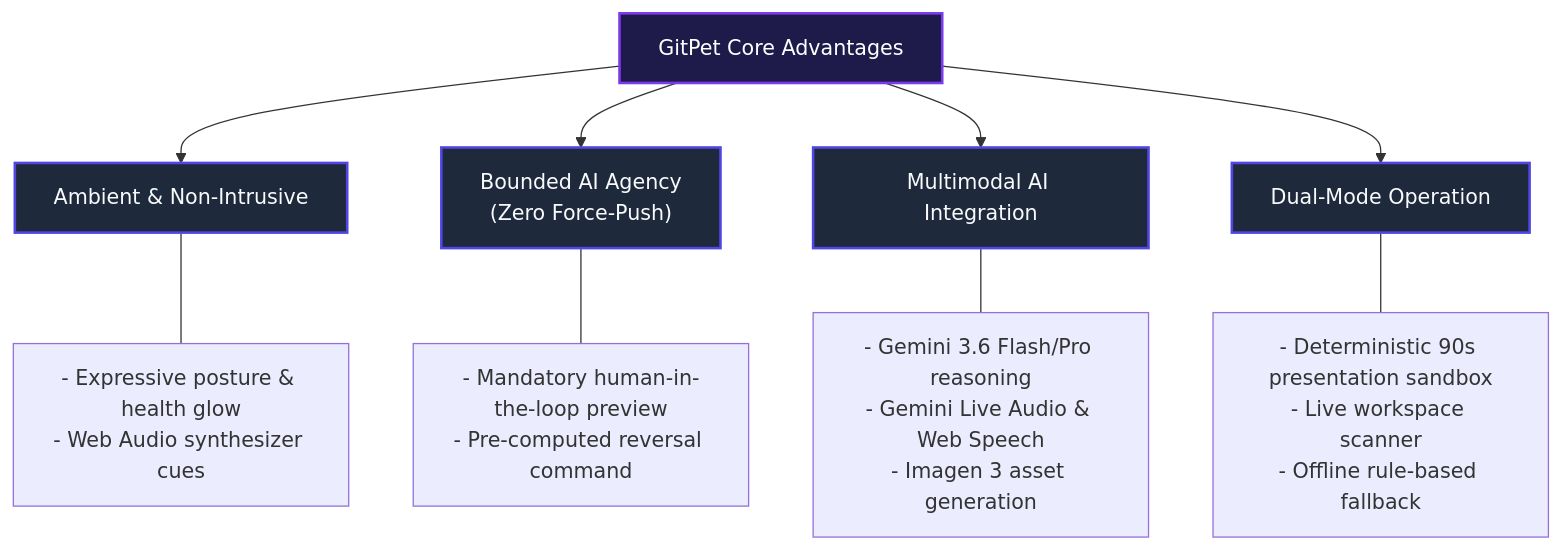
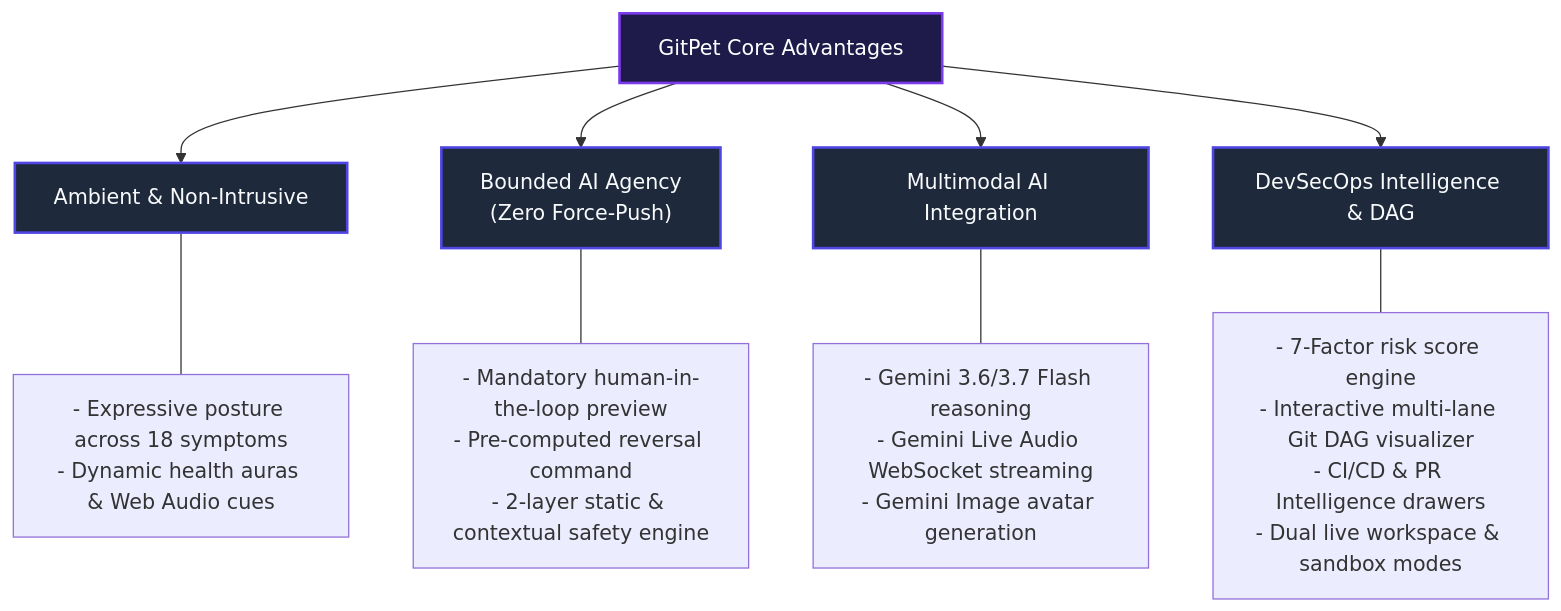
The diagram in docs/PROJECT_OVERVIEW.md (lucaswhitaker22/DevOps-for-GenAI---Ottawa-2026---Team-05-Ribbon-Patrol), drawn with Mermaid before and after one commit. The commit also changed other lines of this file and 20 other files, not shown here.

````diff
--- a/docs/PROJECT_OVERVIEW.md
+++ b/docs/PROJECT_OVERVIEW.md
@@ -57,22 +57,22 @@
 ```mermaid
 graph TD
     classDef advantage fill:#1e293b,stroke:#4f46e5,stroke-width:2px,color:#f8fafc;
     classDef header fill:#1e1b4b,stroke:#7c3aed,stroke-width:2px,color:#ffffff;
 
     Title["GitPet Core Advantages"]:::header
 
     Sub1["Ambient & Non-Intrusive"]:::advantage
     Sub2["Bounded AI Agency<br/>(Zero Force-Push)"]:::advantage
     Sub3["Multimodal AI Integration"]:::advantage
-    Sub4["Dual-Mode Operation"]:::advantage
+    Sub4["DevSecOps Intelligence & DAG"]:::advantage
 
     Title --> Sub1
     Title --> Sub2
     Title --> Sub3
     Title --> Sub4
 
-    Sub1 --- S1["- Expressive posture & health glow<br/>- Web Audio synthesizer cues"]
-    Sub2 --- S2["- Mandatory human-in-the-loop preview<br/>- Pre-computed reversal command"]
-    Sub3 --- S3["- Gemini 3.6 Flash/Pro reasoning<br/>- Gemini Live Audio & Web Speech<br/>- Imagen 3 asset generation"]
-    Sub4 --- S4["- Deterministic 90s presentation sandbox<br/>- Live workspace scanner<br/>- Offline rule-based fallback"]
+    Sub1 --- S1["- Expressive posture across 18 symptoms<br/>- Dynamic health auras & Web Audio cues"]
+    Sub2 --- S2["- Mandatory human-in-the-loop preview<br/>- Pre-computed reversal command<br/>- 2-layer static & contextual safety engine"]
+    Sub3 --- S3["- Gemini 3.6/3.7 Flash reasoning<br/>- Gemini Live Audio WebSocket streaming<br/>- Gemini Image avatar generation"]
+    Sub4 --- S4["- 7-Factor risk score engine<br/>- Interactive multi-lane Git DAG visualizer<br/>- CI/CD & PR Intelligence drawers<br/>- Dual live workspace & sandbox modes"]
 ```
````
